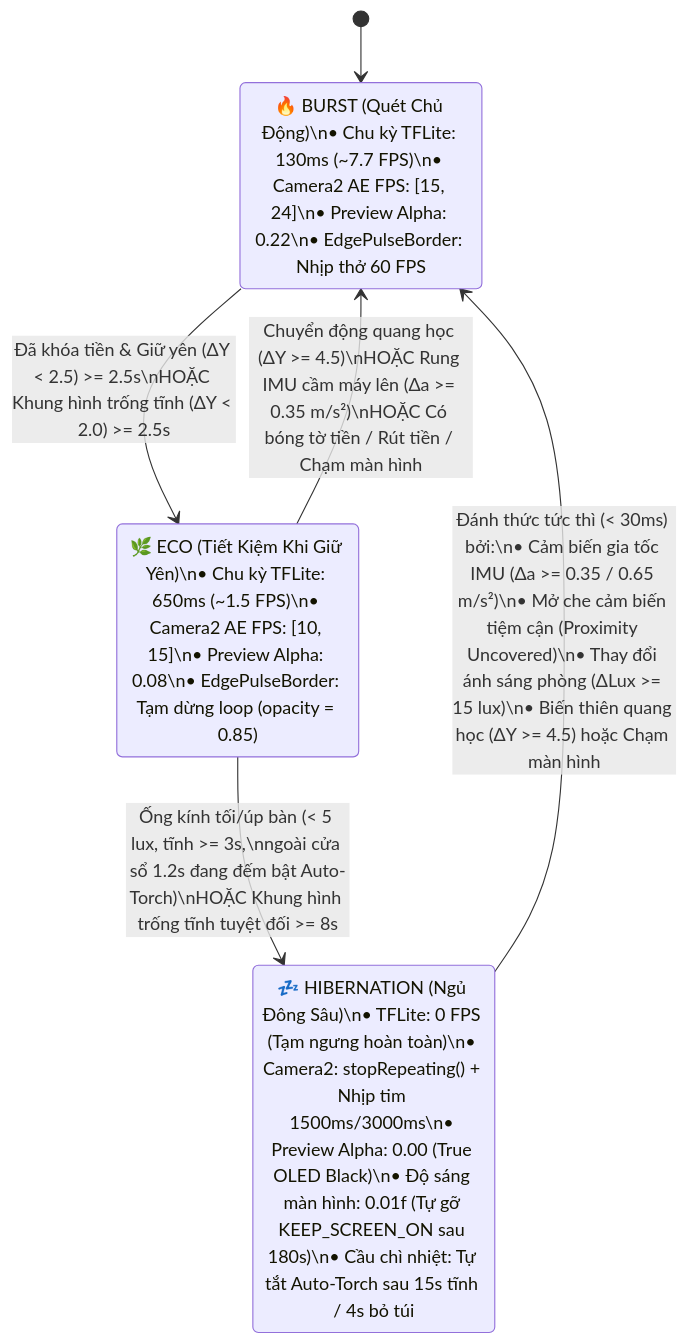
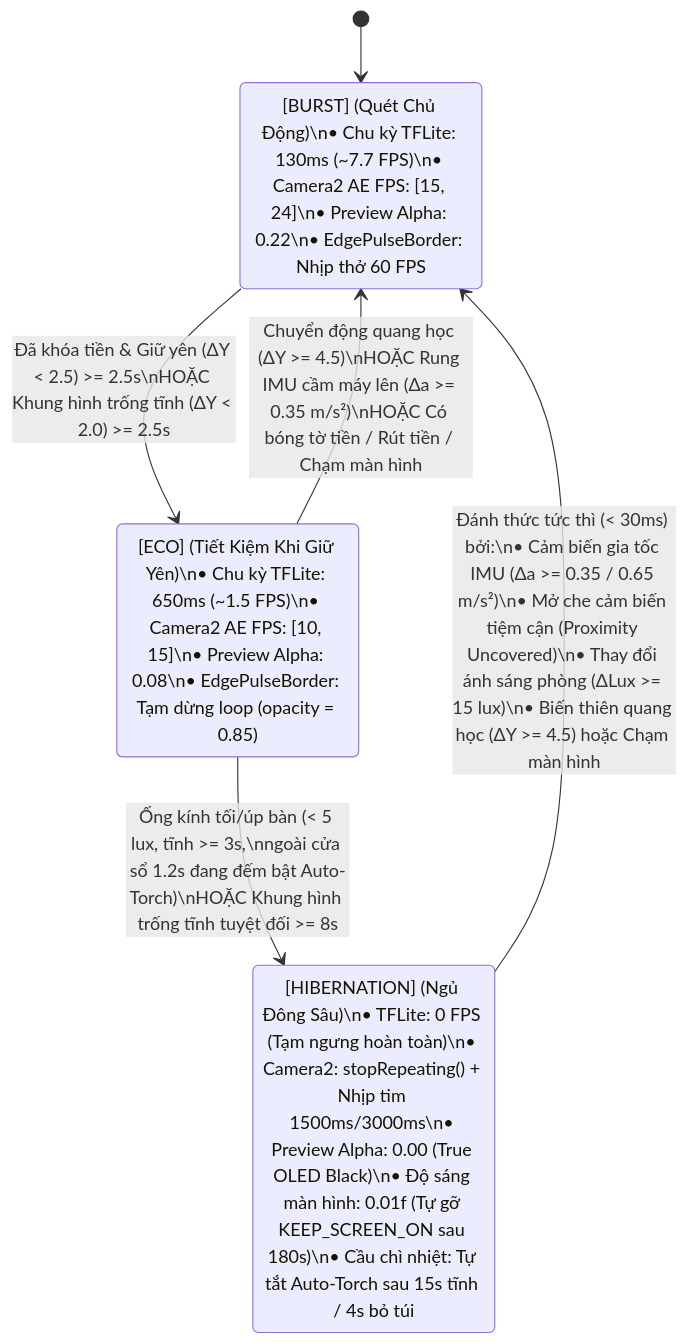
The seventh of 9 diagrams in docs/SYSTEM_ARCHITECTURE_AND_DESIGN.md (hezioquan12/vietnamese-money-vision), drawn with Mermaid before and after one commit. The commit also changed other lines of this file and 4 other files, not shown here.

Commit message:
docs: standardize technical specifications, remove sprint tickets and de-slop diagrams

````diff
--- a/docs/SYSTEM_ARCHITECTURE_AND_DESIGN.md
+++ b/docs/SYSTEM_ARCHITECTURE_AND_DESIGN.md
@@ -292,12 +292,12 @@
 ```mermaid
 stateDiagram-v2
     [*] --> BURST
-    BURST: 🔥 BURST (Quét Chủ Động)\n• Chu kỳ TFLite: 130ms (~7.7 FPS)\n• Camera2 AE FPS: [15, 24]\n• Preview Alpha: 0.22\n• EdgePulseBorder: Nhịp thở 60 FPS
-    ECO: 🌿 ECO (Tiết Kiệm Khi Giữ Yên)\n• Chu kỳ TFLite: 650ms (~1.5 FPS)\n• Camera2 AE FPS: [10, 15]\n• Preview Alpha: 0.08\n• EdgePulseBorder: Tạm dừng loop (opacity = 0.85)
-    HIBERNATION: 💤 HIBERNATION (Ngủ Đông Sâu)\n• TFLite: 0 FPS (Tạm ngưng hoàn toàn)\n• Camera2: stopRepeating() + Nhịp tim 1500ms/3000ms\n• Preview Alpha: 0.00 (True OLED Black)\n• Độ sáng màn hình: 0.01f (Tự gỡ KEEP_SCREEN_ON sau 180s)\n• Cầu chì nhiệt: Tự tắt Auto-Torch sau 15s tĩnh / 4s bỏ túi
+    BURST: [BURST] (Quét Chủ Động)\n• Chu kỳ TFLite: 130ms (~7.7 FPS)\n• Camera2 AE FPS: [15, 24]\n• Preview Alpha: 0.22\n• EdgePulseBorder: Nhịp thở 60 FPS
+    ECO: [ECO] (Tiết Kiệm Khi Giữ Yên)\n• Chu kỳ TFLite: 650ms (~1.5 FPS)\n• Camera2 AE FPS: [10, 15]\n• Preview Alpha: 0.08\n• EdgePulseBorder: Tạm dừng loop (opacity = 0.85)
+    HIBERNATION: [HIBERNATION] (Ngủ Đông Sâu)\n• TFLite: 0 FPS (Tạm ngưng hoàn toàn)\n• Camera2: stopRepeating() + Nhịp tim 1500ms/3000ms\n• Preview Alpha: 0.00 (True OLED Black)\n• Độ sáng màn hình: 0.01f (Tự gỡ KEEP_SCREEN_ON sau 180s)\n• Cầu chì nhiệt: Tự tắt Auto-Torch sau 15s tĩnh / 4s bỏ túi
 
     BURST --> ECO: Đã khóa tiền & Giữ yên (ΔY < 2.5) >= 2.5s\nHOẶC Khung hình trống tĩnh (ΔY < 2.0) >= 2.5s
     ECO --> BURST: Chuyển động quang học (ΔY >= 4.5)\nHOẶC Rung IMU cầm máy lên (Δa >= 0.35 m/s²)\nHOẶC Có bóng tờ tiền / Rút tiền / Chạm màn hình
     ECO --> HIBERNATION: Ống kính tối/úp bàn (< 5 lux, tĩnh >= 3s,\nngoài cửa sổ 1.2s đang đếm bật Auto-Torch)\nHOẶC Khung hình trống tĩnh tuyệt đối >= 8s
     HIBERNATION --> BURST: Đánh thức tức thì (< 30ms) bởi:\n• Cảm biến gia tốc IMU (Δa >= 0.35 / 0.65 m/s²)\n• Mở che cảm biến tiệm cận (Proximity Uncovered)\n• Thay đổi ánh sáng phòng (ΔLux >= 15 lux)\n• Biến thiên quang học (ΔY >= 4.5) hoặc Chạm màn hình
 ```
````
